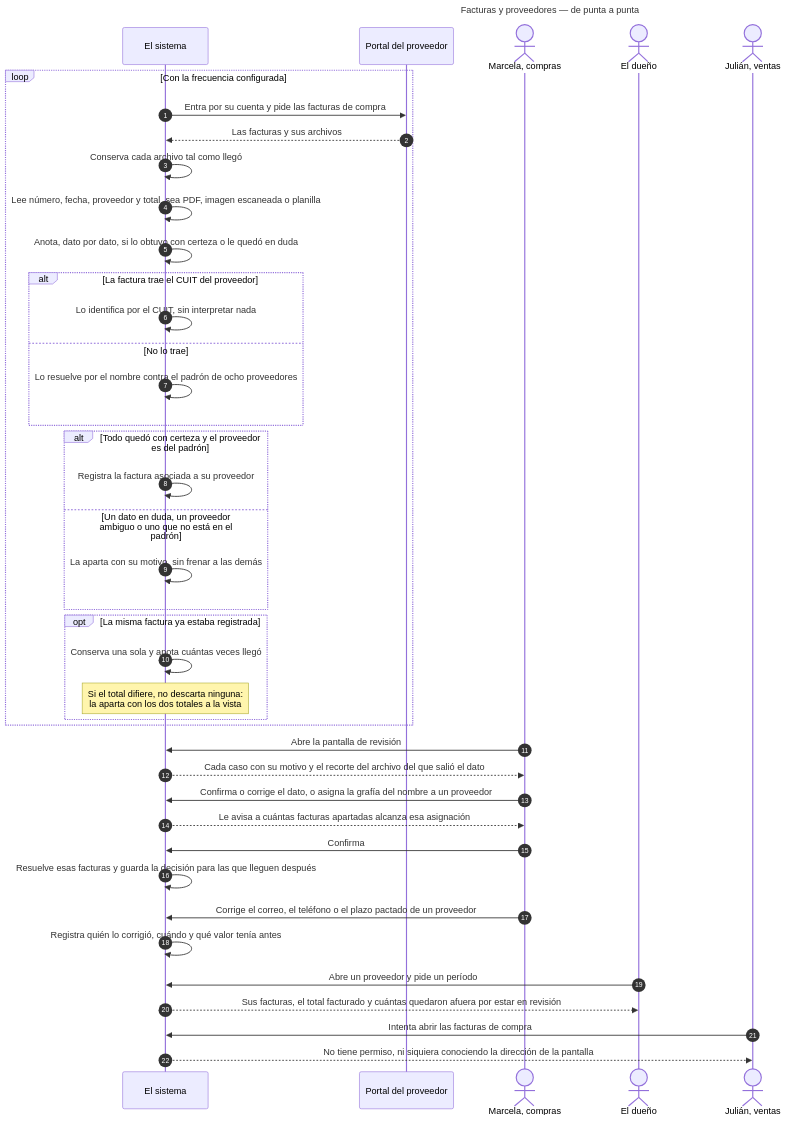
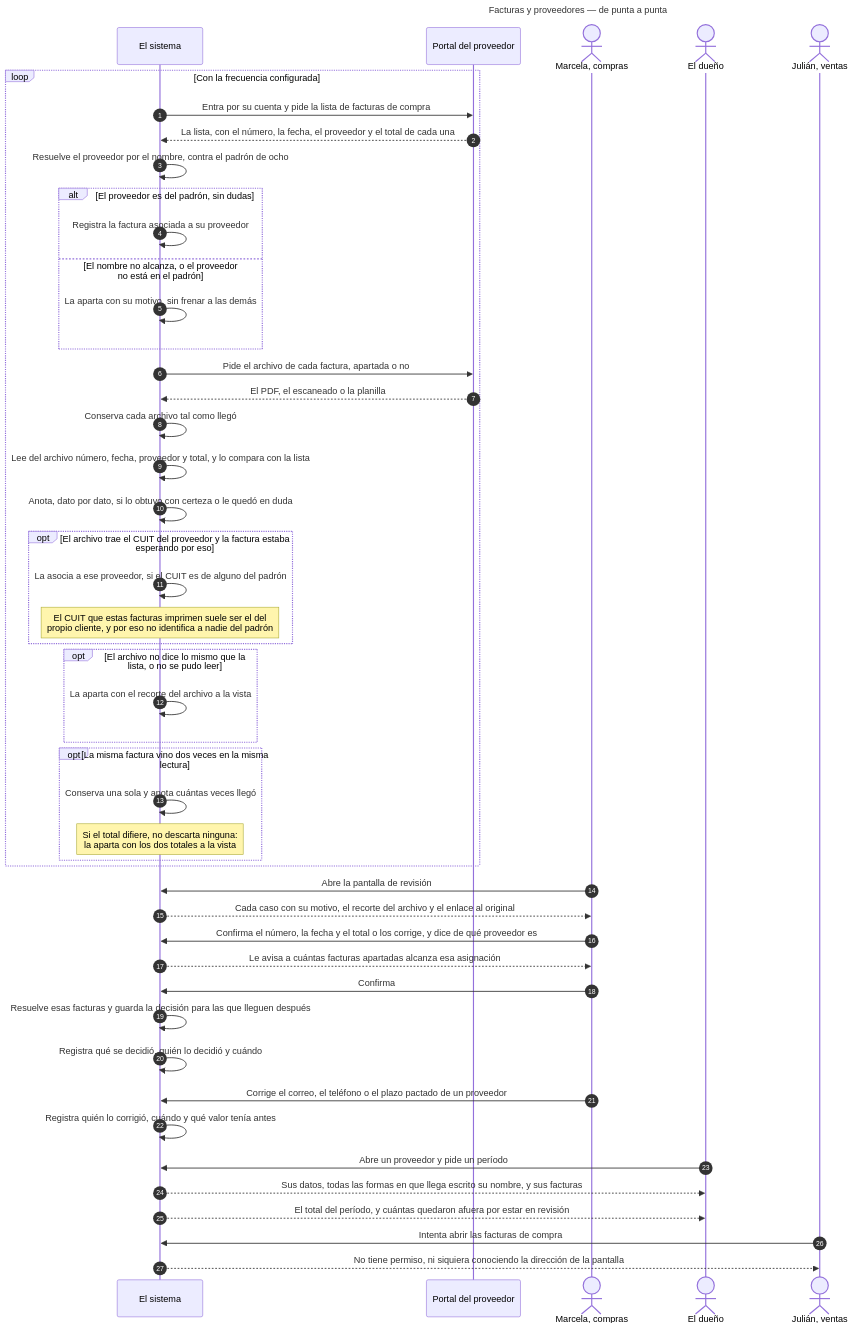
Before and after one commit to leandrocarriego/prueba-tecnica-fde-archytas: the diagram in docs/specs/004-invoices-suppliers/diagrams/flujo-general.mmd, drawn with Mermaid. The commit also changed 9 other files, not shown here.

```diff
--- a/docs/specs/004-invoices-suppliers/diagrams/flujo-general.mmd
+++ b/docs/specs/004-invoices-suppliers/diagrams/flujo-general.mmd
@@ -1,51 +1,60 @@
 ---
 title: Facturas y proveedores — de punta a punta
 ---
 sequenceDiagram
     autonumber
     participant Sistema as El sistema
     participant Portal as Portal del proveedor
     actor Marcela as Marcela, compras
     actor Duenio as El dueño
     actor Julian as Julián, ventas
 
     loop Con la frecuencia configurada
-        Sistema->>Portal: Entra por su cuenta y pide las facturas de compra
-        Portal-->>Sistema: Las facturas y sus archivos
-        Sistema->>Sistema: Conserva cada archivo tal como llegó
-        Sistema->>Sistema: Lee número, fecha, proveedor y total, sea PDF, imagen escaneada o planilla
-        Sistema->>Sistema: Anota, dato por dato, si lo obtuvo con certeza o le quedó en duda
+        Sistema->>Portal: Entra por su cuenta y pide la lista de facturas de compra
+        Portal-->>Sistema: La lista, con el número, la fecha, el proveedor y el total de cada una
+        Sistema->>Sistema: Resuelve el proveedor por el nombre, contra el padrón de ocho
 
-        alt La factura trae el CUIT del proveedor
-            Sistema->>Sistema: Lo identifica por el CUIT, sin interpretar nada
-        else No lo trae
-            Sistema->>Sistema: Lo resuelve por el nombre contra el padrón de ocho proveedores
-        end
-
-        alt Todo quedó con certeza y el proveedor es del padrón
+        alt El proveedor es del padrón, sin dudas
             Sistema->>Sistema: Registra la factura asociada a su proveedor
-        else Un dato en duda, un proveedor ambiguo o uno que no está en el padrón
+        else El nombre no alcanza, o el proveedor no está en el padrón
             Sistema->>Sistema: La aparta con su motivo, sin frenar a las demás
         end
 
-        opt La misma factura ya estaba registrada
+        Sistema->>Portal: Pide el archivo de cada factura, apartada o no
+        Portal-->>Sistema: El PDF, el escaneado o la planilla
+        Sistema->>Sistema: Conserva cada archivo tal como llegó
+        Sistema->>Sistema: Lee del archivo número, fecha, proveedor y total, y lo compara con la lista
+        Sistema->>Sistema: Anota, dato por dato, si lo obtuvo con certeza o le quedó en duda
+
+        opt El archivo trae el CUIT del proveedor y la factura estaba esperando por eso
+            Sistema->>Sistema: La asocia a ese proveedor, si el CUIT es de alguno del padrón
+            Note over Sistema: El CUIT que estas facturas imprimen suele ser el del<br/>propio cliente, y por eso no identifica a nadie del padrón
+        end
+
+        opt El archivo no dice lo mismo que la lista, o no se pudo leer
+            Sistema->>Sistema: La aparta con el recorte del archivo a la vista
+        end
+
+        opt La misma factura vino dos veces en la misma lectura
             Sistema->>Sistema: Conserva una sola y anota cuántas veces llegó
             Note over Sistema: Si el total difiere, no descarta ninguna:<br/>la aparta con los dos totales a la vista
         end
     end
 
     Marcela->>Sistema: Abre la pantalla de revisión
-    Sistema-->>Marcela: Cada caso con su motivo y el recorte del archivo del que salió el dato
-    Marcela->>Sistema: Confirma o corrige el dato, o asigna la grafía del nombre a un proveedor
+    Sistema-->>Marcela: Cada caso con su motivo, el recorte del archivo y el enlace al original
+    Marcela->>Sistema: Confirma el número, la fecha y el total o los corrige, y dice de qué proveedor es
     Sistema-->>Marcela: Le avisa a cuántas facturas apartadas alcanza esa asignación
     Marcela->>Sistema: Confirma
     Sistema->>Sistema: Resuelve esas facturas y guarda la decisión para las que lleguen después
+    Sistema->>Sistema: Registra qué se decidió, quién lo decidió y cuándo
 
     Marcela->>Sistema: Corrige el correo, el teléfono o el plazo pactado de un proveedor
     Sistema->>Sistema: Registra quién lo corrigió, cuándo y qué valor tenía antes
 
     Duenio->>Sistema: Abre un proveedor y pide un período
-    Sistema-->>Duenio: Sus facturas, el total facturado y cuántas quedaron afuera por estar en revisión
+    Sistema-->>Duenio: Sus datos, todas las formas en que llega escrito su nombre, y sus facturas
+    Sistema-->>Duenio: El total del período, y cuántas quedaron afuera por estar en revisión
 
     Julian->>Sistema: Intenta abrir las facturas de compra
     Sistema-->>Julian: No tiene permiso, ni siquiera conociendo la dirección de la pantalla
```
